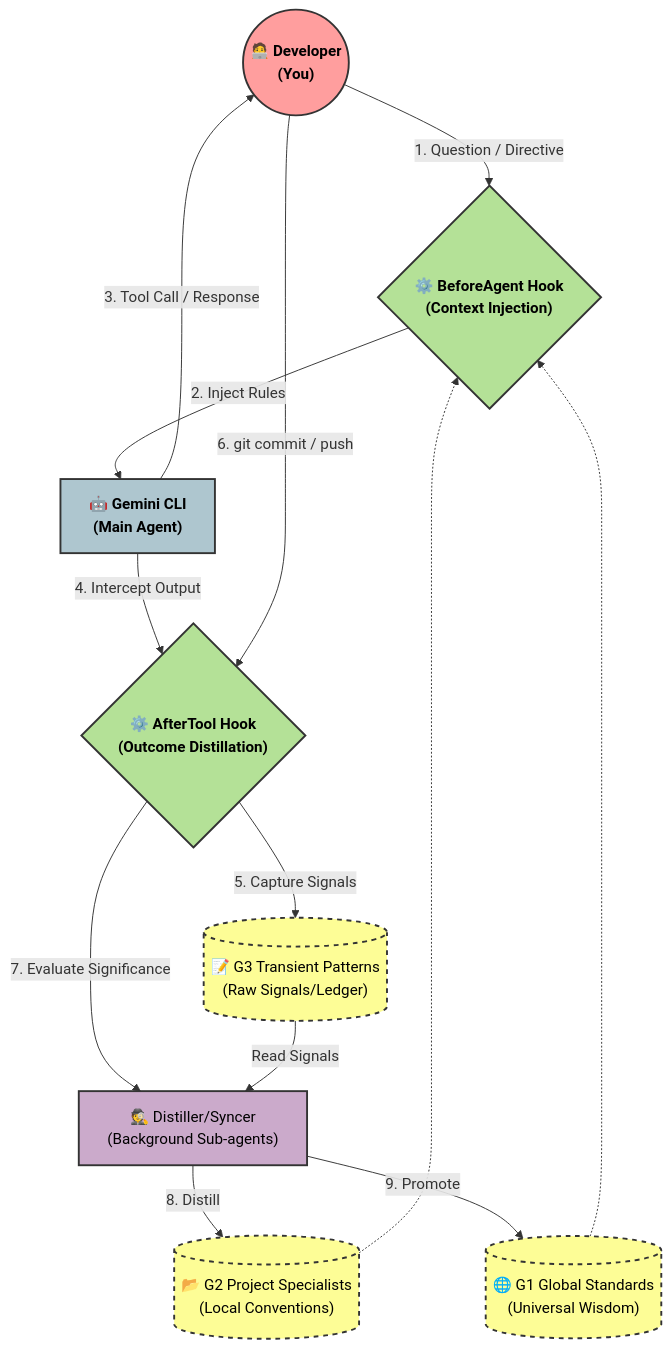
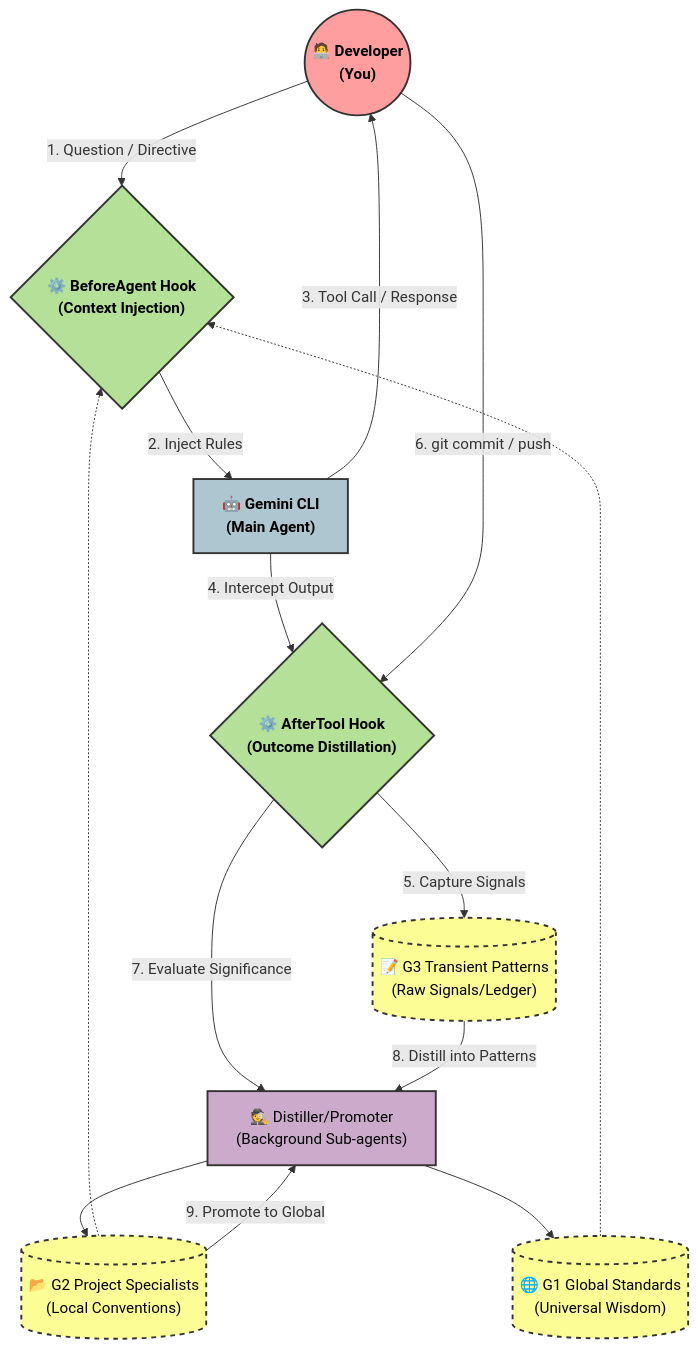
Before and after one commit to Biogod2020/ASSA: the first of 2 diagrams in README.md, drawn with Mermaid. The commit also changed 1 other file, not shown here.

Commit message:
docs: correct evolution flow logic (Memory -> Pattern -> Global) in architecture diagrams

````diff
--- a/README.md
+++ b/README.md
@@ -19,40 +19,43 @@
 ```mermaid
 flowchart TD
     %% Define Styles
     classDef userNode fill:#FF9E9E,stroke:#333,stroke-width:2px,color:#000,font-weight:bold
     classDef geminiNode fill:#AEC6CF,stroke:#333,stroke-width:2px,color:#000,font-weight:bold
     classDef assaNode fill:#B4E197,stroke:#333,stroke-width:2px,color:#000,font-weight:bold
     classDef memoryNode fill:#FDFD96,stroke:#333,stroke-width:2px,color:#000,stroke-dasharray: 5 5
     classDef subAgentNode fill:#CBAACB,stroke:#333,stroke-width:2px,color:#000
 
     %% Nodes
     User(("🧑‍💻 Developer<br/>(You)")):::userNode
     Gemini["🤖 Gemini CLI<br/>(Main Agent)"]:::geminiNode
     Hook_Before{"⚙️ BeforeAgent Hook<br/>(Context Injection)"}:::assaNode
     Hook_After{"⚙️ AfterTool Hook<br/>(Outcome Distillation)"}:::assaNode
     
     Mem_G3[("📝 G3 Transient Patterns<br/>(Raw Signals/Ledger)")]:::memoryNode
     Mem_G2[("📂 G2 Project Specialists<br/>(Local Conventions)")]:::memoryNode
     Mem_G1[("🌐 G1 Global Standards<br/>(Universal Wisdom)")]:::memoryNode
     
-    SubAgent["🕵️ Distiller/Syncer<br/>(Background Sub-agents)"]:::subAgentNode
+    SubAgent["🕵️ Distiller/Promoter<br/>(Background Sub-agents)"]:::subAgentNode
 
     %% Flow: Normal Conversation
     User -- "1. Question / Directive" --> Hook_Before
     Hook_Before -- "2. Inject Rules" --> Gemini
     Mem_G2 -.-> Hook_Before
     Mem_G1 -.-> Hook_Before
 
     Gemini -- "3. Tool Call / Response" --> User
     Gemini -- "4. Intercept Output" --> Hook_After
     
     %% Flow: Reflex Evolution
     Hook_After -- "5. Capture Signals" --> Mem_G3
     
     %% Flow: Deep Evolution
     User -- "6. git commit / push" --> Hook_After
     Hook_After -- "7. Evaluate Significance" --> SubAgent
-    SubAgent -- "8. Distill" --> Mem_G2
-    SubAgent -- "9. Promote" --> Mem_G1
-    Mem_G3 -- "Read Signals" --> SubAgent
+    
+    %% The Sequential Chain
+    Mem_G3 -- "8. Distill into Patterns" --> SubAgent
+    SubAgent --> Mem_G2
+    Mem_G2 -- "9. Promote to Global" --> SubAgent
+    SubAgent --> Mem_G1
 ```
````
